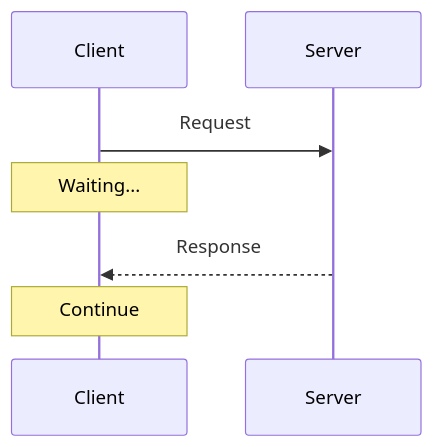
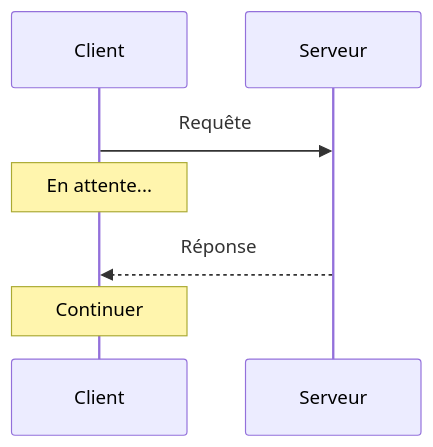
Before and after one commit to dardourimohamed/distributed-systems-course: the second of 7 diagrams in src/fundamentals/02-message-passing.md, drawn with Mermaid. The commit also changed other lines of this file and 38 other files, not shown here.

````diff
--- a/src/fundamentals/02-message-passing.md
+++ b/src/fundamentals/02-message-passing.md
@@ -39,10 +39,10 @@
 ```mermaid
 sequenceDiagram
     participant C as Client
-    participant S as Server
+    participant S as Serveur
 
-    C->>S: Request
-    Note over C: Waiting...
-    S-->>C: Response
-    Note over C: Continue
+    C->>S: Requête
+    Note over C: En attente...
+    S-->>C: Réponse
+    Note over C: Continuer
 ```
````
